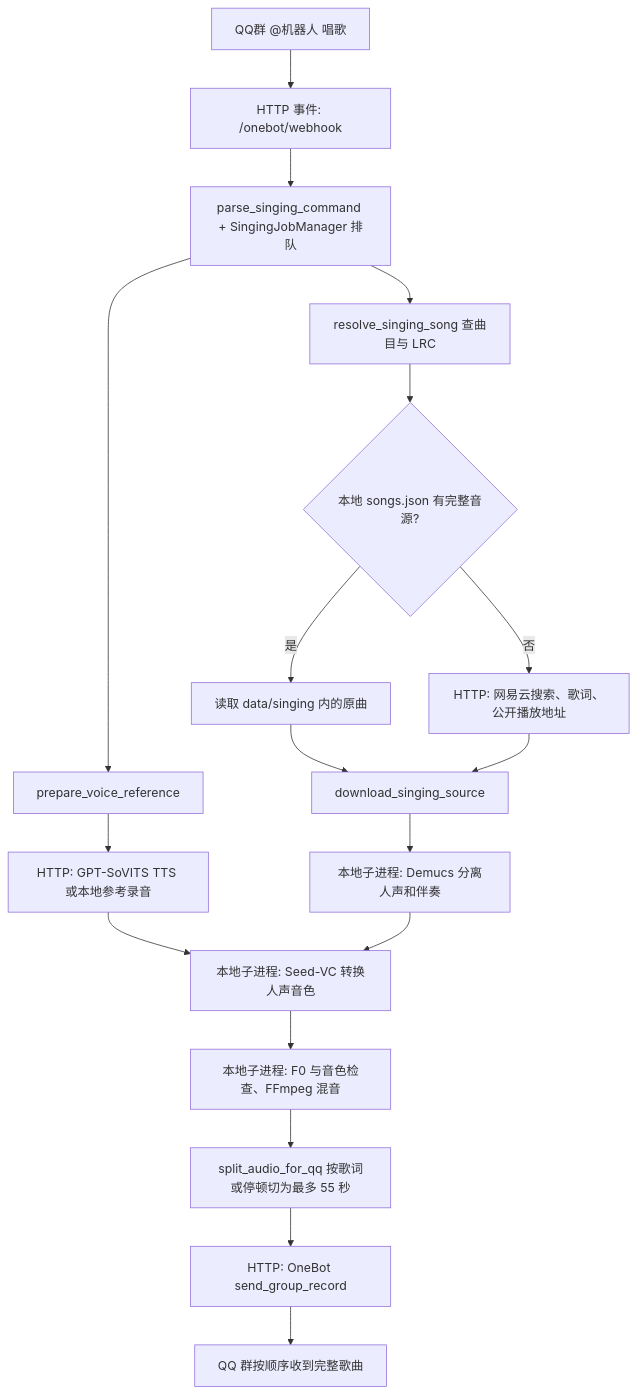
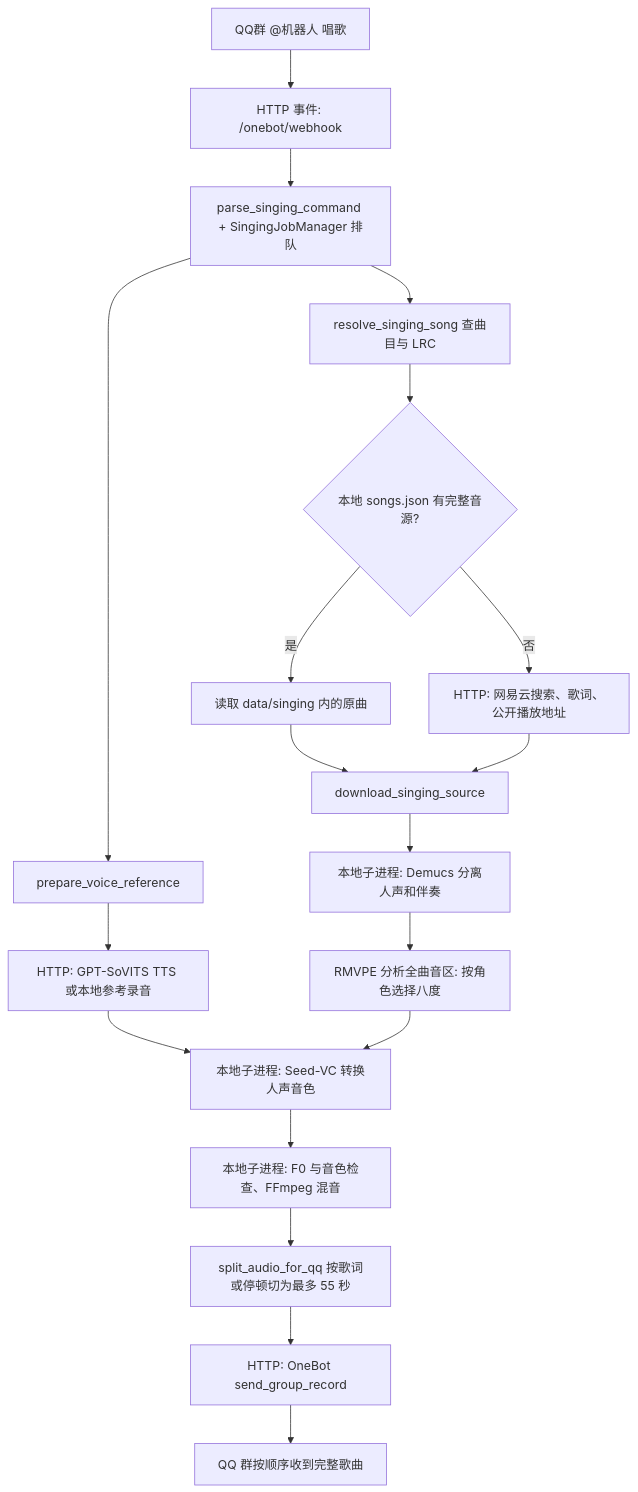
Before and after one commit to jiuxiansheng1111/qq-chat-robot: the diagram in docs/SINGING.md, drawn with Mermaid. The commit also changed other lines of this file and 10 other files, not shown here.

````diff
--- a/docs/SINGING.md
+++ b/docs/SINGING.md
@@ -9,20 +9,21 @@
 ```mermaid
 flowchart TD
     A[QQ群 @机器人 唱歌] --> B[HTTP 事件: /onebot/webhook]
     B --> C[parse_singing_command + SingingJobManager 排队]
     C --> D[resolve_singing_song 查曲目与 LRC]
     D --> E{本地 songs.json 有完整音源?}
     E -- 是 --> F[读取 data/singing 内的原曲]
     E -- 否 --> G[HTTP: 网易云搜索、歌词、公开播放地址]
     F --> H[download_singing_source]
     G --> H
     C --> I[prepare_voice_reference]
     I --> J[HTTP: GPT-SoVITS TTS 或本地参考录音]
     H --> K[本地子进程: Demucs 分离人声和伴奏]
     J --> L[本地子进程: Seed-VC 转换人声音色]
-    K --> L
+    K --> Q[RMVPE 分析全曲音区: 按角色选择八度]
+    Q --> L
     L --> M[本地子进程: F0 与音色检查、FFmpeg 混音]
     M --> N[split_audio_for_qq 按歌词或停顿切为最多 55 秒]
     N --> O[HTTP: OneBot send_group_record]
     O --> P[QQ 群按顺序收到完整歌曲]
 ```
````
